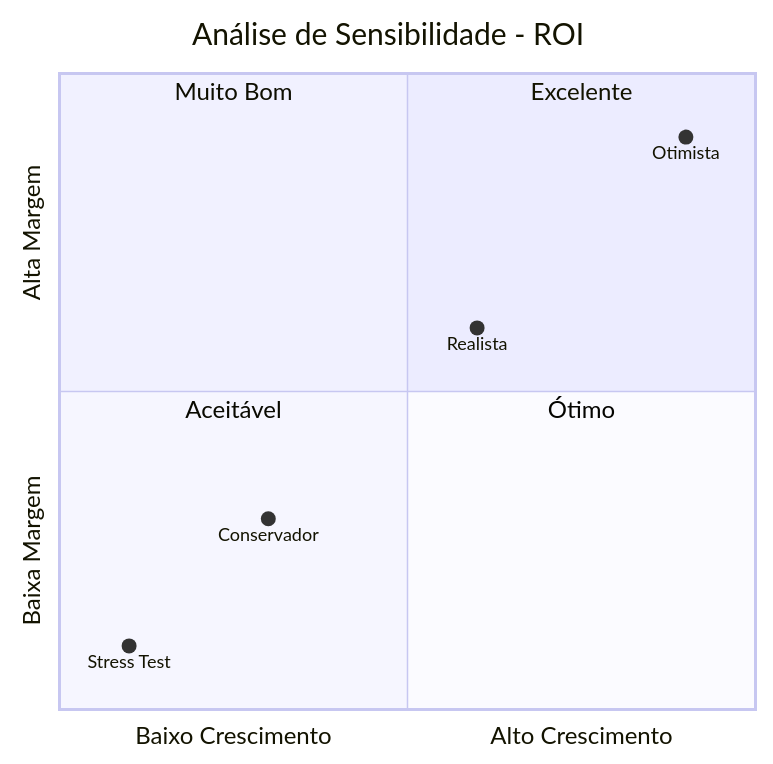
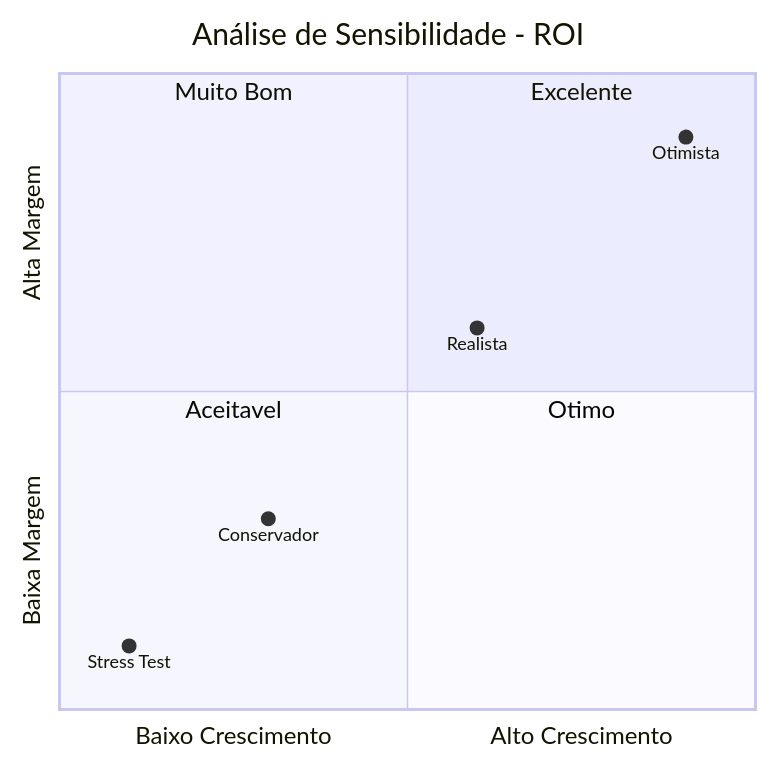
One commit to botfiel2025/lhama-desktopagent-crm-extension changed diagram 13 of 22 in comercial/analise-roi.md. Above: the diagram before and after it, drawn with Mermaid. The commit also changed 1 other file, not shown here.

Commit message:
docs: fix typos in ROI analysis quadrant labels
Correct spelling of "Aceitável" to "Aceitavel" and "Ótimo" to "Otimo" to maintain consistency in documentation

````diff
--- a/comercial/analise-roi.md
+++ b/comercial/analise-roi.md
@@ -343,16 +343,16 @@
 ```mermaid
 quadrantChart
     title Análise de Sensibilidade - ROI
     x-axis Baixo Crescimento --> Alto Crescimento
     y-axis Baixa Margem --> Alta Margem
     
     quadrant-1 Excelente
     quadrant-2 Muito Bom
-    quadrant-3 Aceitável
-    quadrant-4 Ótimo
+    quadrant-3 Aceitavel
+    quadrant-4 Otimo
     
     "Conservador": [0.3, 0.3]
     "Realista": [0.6, 0.6]
     "Otimista": [0.9, 0.9]
     "Stress Test": [0.1, 0.1]
 ```
````
